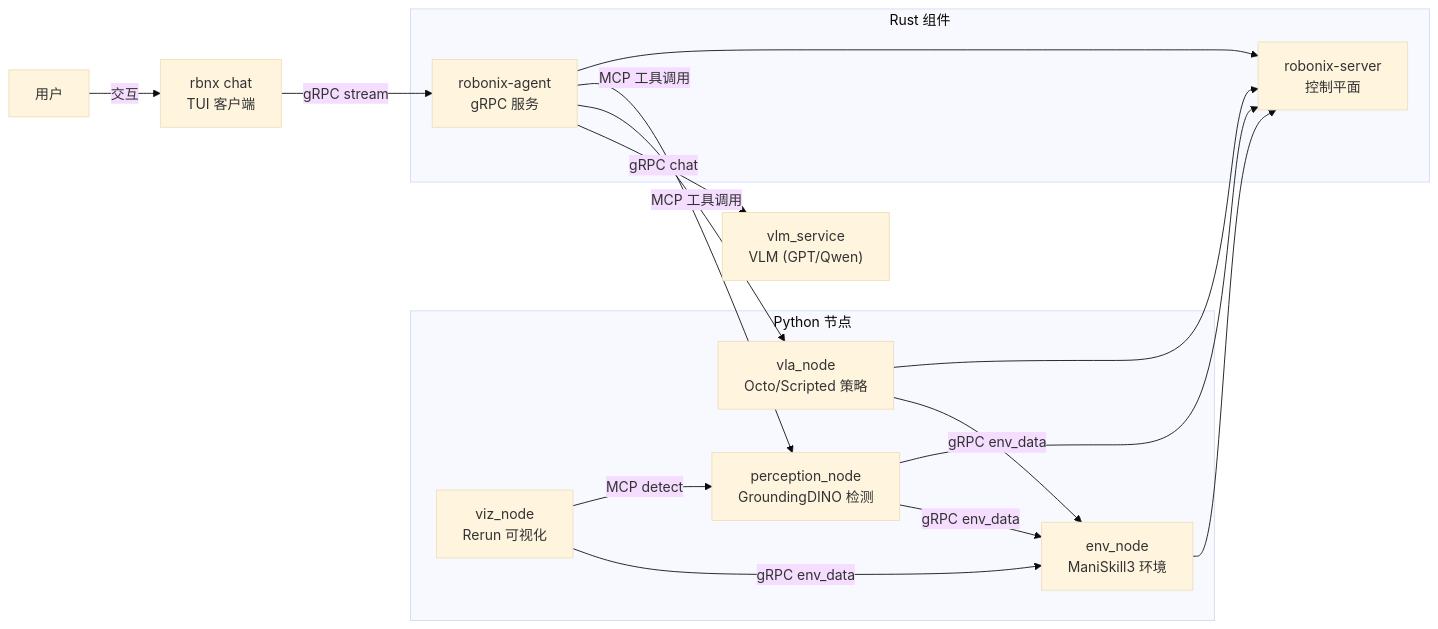
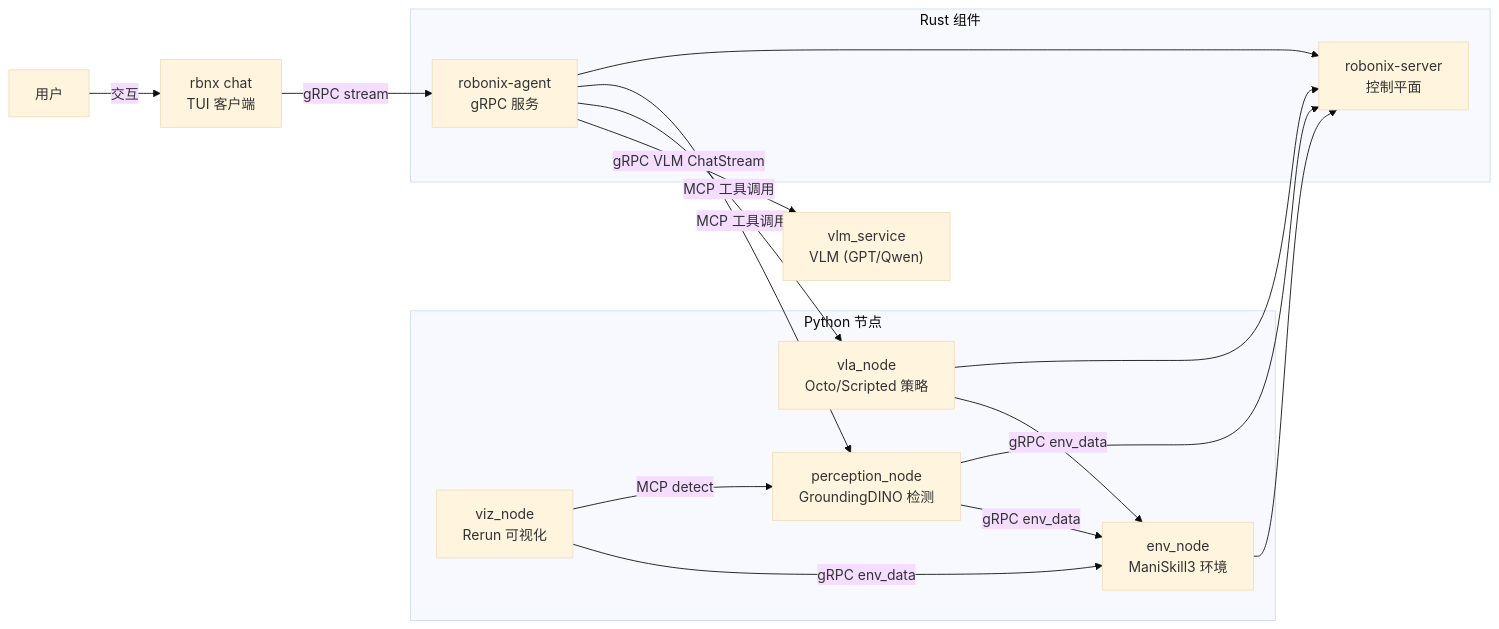
One commit to syswonder/robonix-book changed the diagram in src/getting-started/maniskill-demo.md. Above: the diagram before and after it, drawn with Mermaid. The commit also changed other lines of this file and 5 other files, not shown here.

First line of the commit message:
Update documentation for Robonix architecture and installation process

````diff
--- a/src/getting-started/maniskill-demo.md
+++ b/src/getting-started/maniskill-demo.md
@@ -9,33 +9,33 @@
 ```mermaid
 %%{init: {'theme': 'base', 'config': {'securityLevel': 'loose'}}}%%
 flowchart LR
     subgraph nodes ["Python 节点"]
         env["env_node<br>ManiSkill3 环境"]
         perception["perception_node<br>GroundingDINO 检测"]
         vla["vla_node<br>Octo/Scripted 策略"]
         viz["viz_node<br>Rerun 可视化"]
     end
 
     subgraph rust ["Rust 组件"]
         server["robonix-server<br>控制平面"]
         agent["robonix-agent<br>gRPC 服务"]
     end
 
     vlm["vlm_service<br>VLM (GPT/Qwen)"]
     tui["rbnx chat<br>TUI 客户端"]
     user["用户"]
 
     user -->|"交互"| tui
     tui -->|"gRPC stream"| agent
-    agent -->|"gRPC chat"| vlm
+    agent -->|"gRPC VLM ChatStream"| vlm
     agent -->|"MCP 工具调用"| vla
     agent -->|"MCP 工具调用"| perception
     vla -->|"gRPC env_data"| env
     perception -->|"gRPC env_data"| env
     viz -->|"gRPC env_data"| env
     viz -->|"MCP detect"| perception
     env --> server
     perception --> server
     vla --> server
     agent --> server
 ```
````
